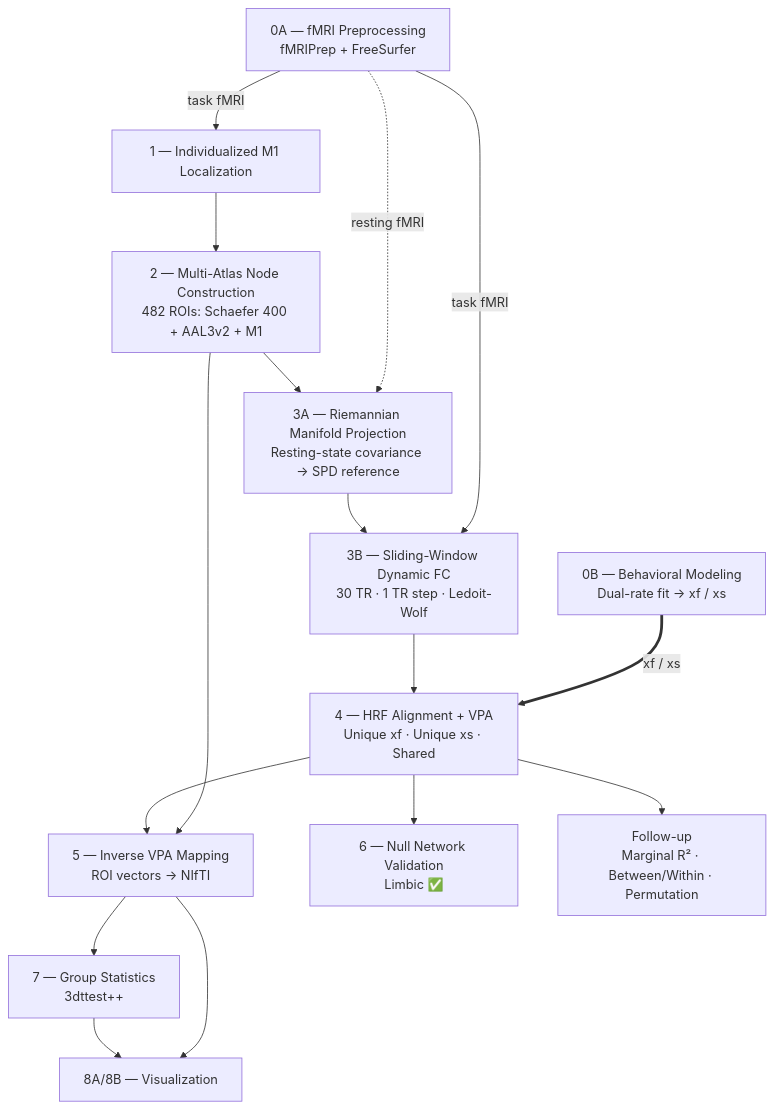
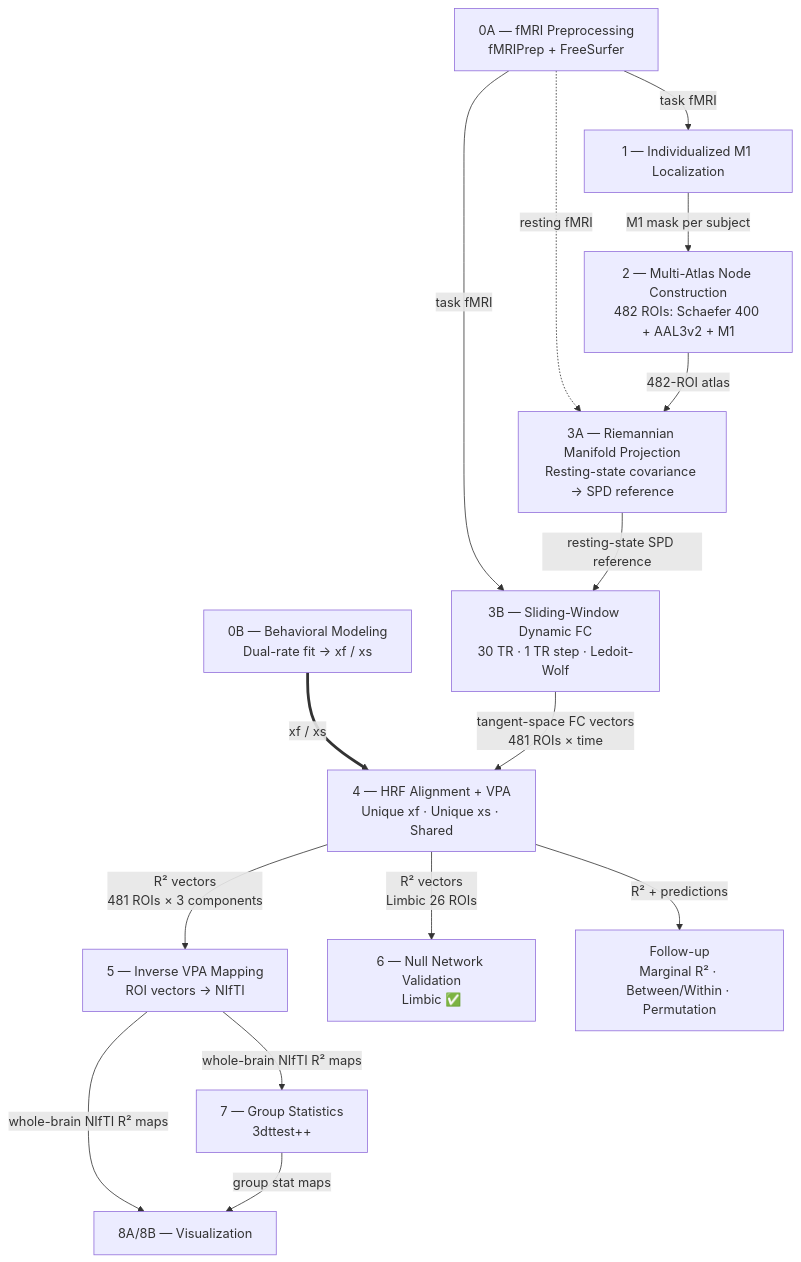
The diagram in README.md (lepus071/2026_brainhack_li_project), drawn with Mermaid before and after one commit.

Commit message:
Update pipeline flowchart with branching structure

````diff
--- a/README.md
+++ b/README.md
@@ -136,31 +136,30 @@
 ```mermaid
 flowchart TD
     A["0A — fMRI Preprocessing\nfMRIPrep + FreeSurfer"]
     B["0B — Behavioral Modeling\nDual-rate fit → xf / xs"]
     C["1 — Individualized M1 Localization"]
     D["2 — Multi-Atlas Node Construction\n482 ROIs: Schaefer 400 + AAL3v2 + M1"]
     E["3A — Riemannian Manifold Projection\nResting-state covariance → SPD reference"]
     F["3B — Sliding-Window Dynamic FC\n30 TR · 1 TR step · Ledoit-Wolf"]
     G["4 — HRF Alignment + VPA\nUnique xf · Unique xs · Shared"]
     H["5 — Inverse VPA Mapping\nROI vectors → NIfTI"]
     I["6 — Null Network Validation\nLimbic ✅"]
     J["7 — Group Statistics\n3dttest++"]
     K["8A/8B — Visualization"]
     L["Follow-up\nMarginal R² · Between/Within · Permutation"]
 
     A -. resting fMRI .-> E
     A -- task fMRI --> C
     A -- task fMRI --> F
     B == xf / xs ==> G
-    C --> D
-    D --> E
-    D --> H
-    E --> F
-    F --> G
-    G --> H
-    G --> I
-    G --> L
-    H --> J
-    H --> K
-    J --> K
+    C -- M1 mask per subject --> D
+    D -- 482-ROI atlas --> E
+    E -- resting-state SPD reference --> F
+    F -- tangent-space FC vectors\n481 ROIs × time --> G
+    G -- R² vectors\n481 ROIs × 3 components --> H
+    G -- R² vectors\nLimbic 26 ROIs --> I
+    G -- R² + predictions --> L
+    H -- whole-brain NIfTI R² maps --> J
+    H -- whole-brain NIfTI R² maps --> K
+    J -- group stat maps --> K
 ```
````
